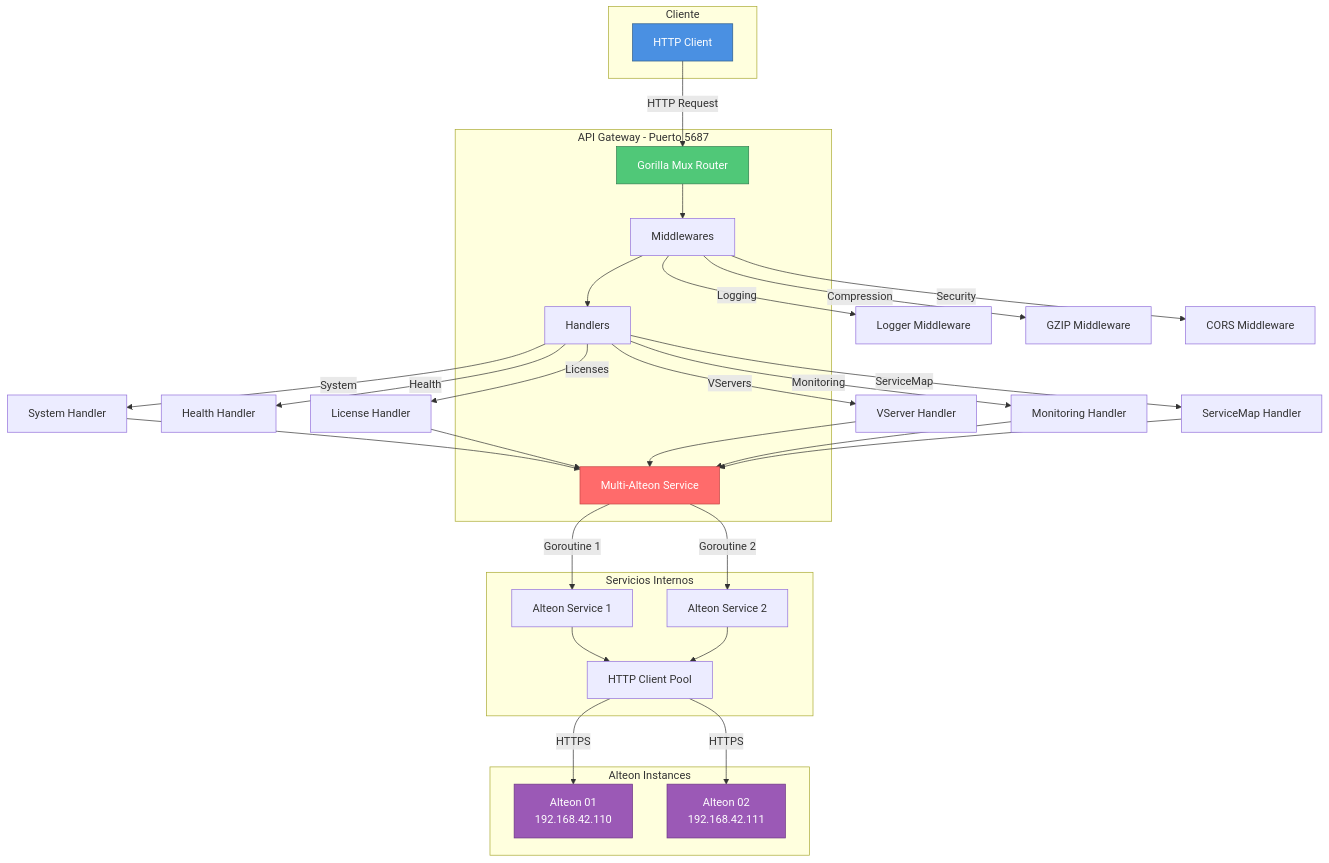
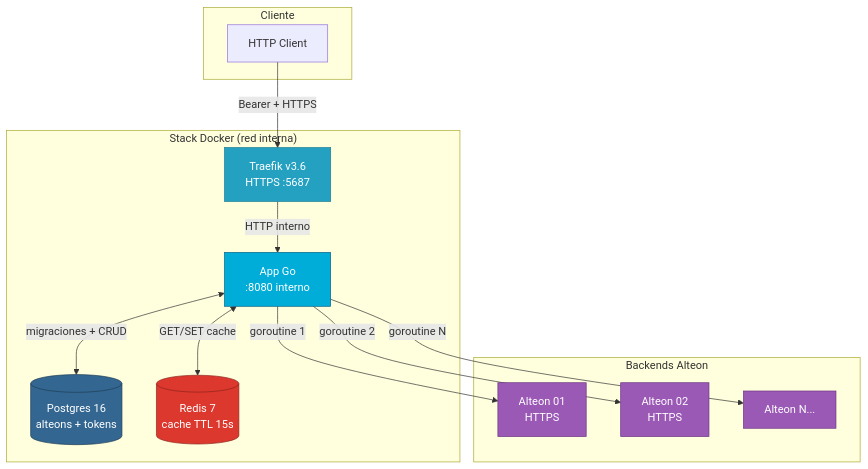
Before and after one commit to cloudfactorybo/Radware_Alteon_api: the first of 4 diagrams in README.md, drawn with Mermaid. The commit also changed other lines of this file, not shown here.

````diff
--- a/README.md
+++ b/README.md
@@ -463,59 +554,37 @@
 ```mermaid
 graph TB
-    subgraph "Cliente"
+    subgraph Cliente
         A[HTTP Client]
     end
-    
-    subgraph "API Gateway - Puerto 5687"
-        B[Gorilla Mux Router]
-        C[Middlewares]
-        D[Handlers]
-        E[Multi-Alteon Service]
+
+    subgraph "Stack Docker (red interna)"
+        T[Traefik v3.6<br/>HTTPS :5687]
+        APP[App Go<br/>:8080 interno]
+        PG[(Postgres 16<br/>alteons + tokens)]
+        RD[(Redis 7<br/>cache TTL 15s)]
     end
-    
-    subgraph "Servicios Internos"
-        F[Alteon Service 1]
-        G[Alteon Service 2]
-        H[HTTP Client Pool]
+
+    subgraph "Backends Alteon"
+        AL1[Alteon 01<br/>HTTPS]
+        AL2[Alteon 02<br/>HTTPS]
+        ALN[Alteon N...]
     end
-    
-    subgraph "Alteon Instances"
-        I[Alteon 01<br/>192.168.42.110]
-        J[Alteon 02<br/>192.168.42.111]
-    end
-    
-    A -->|HTTP Request| B
-    B --> C
-    C -->|Logging| C1[Logger Middleware]
-    C -->|Compression| C2[GZIP Middleware]
-    C -->|Security| C3[CORS Middleware]
-    C --> D
-    
-    D -->|Health| D1[Health Handler]
-    D -->|System| D2[System Handler]
-    D -->|Licenses| D3[License Handler]
-    D -->|VServers| D4[VServer Handler]
-    D -->|Monitoring| D5[Monitoring Handler]
-    D -->|ServiceMap| D6[ServiceMap Handler]
-    
-    D2 --> E
-    D3 --> E
-    D4 --> E
-    D5 --> E
-    D6 --> E
-    
-    E -->|Goroutine 1| F
-    E -->|Goroutine 2| G
-    
-    F --> H
-    G --> H
-    
-    H -->|HTTPS| I
-    H -->|HTTPS| J
-    
-    style A fill:#4A90E2,stroke:#2E5C8A,color:#fff
-    style B fill:#50C878,stroke:#2E7D4E,color:#fff
-    style E fill:#FF6B6B,stroke:#C44545,color:#fff
-    style I fill:#9B59B6,stroke:#6C3483,color:#fff
-    style J fill:#9B59B6,stroke:#6C3483,color:#fff
+
+    A -->|Bearer + HTTPS| T
+    T -->|HTTP interno| APP
+
+    APP <-->|migraciones + CRUD| PG
+    APP <-->|GET/SET cache| RD
+
+    APP -->|goroutine 1| AL1
+    APP -->|goroutine 2| AL2
+    APP -->|goroutine N| ALN
+
+    style T fill:#24A1C1,color:#fff,stroke:#1A7B95
+    style APP fill:#00ADD8,color:#fff,stroke:#005F87
+    style PG fill:#336791,color:#fff,stroke:#1F3D54
+    style RD fill:#DC382D,color:#fff,stroke:#8C231C
+    style AL1 fill:#9B59B6,color:#fff,stroke:#6C3483
+    style AL2 fill:#9B59B6,color:#fff,stroke:#6C3483
+    style ALN fill:#9B59B6,color:#fff,stroke:#6C3483
 ```
````
